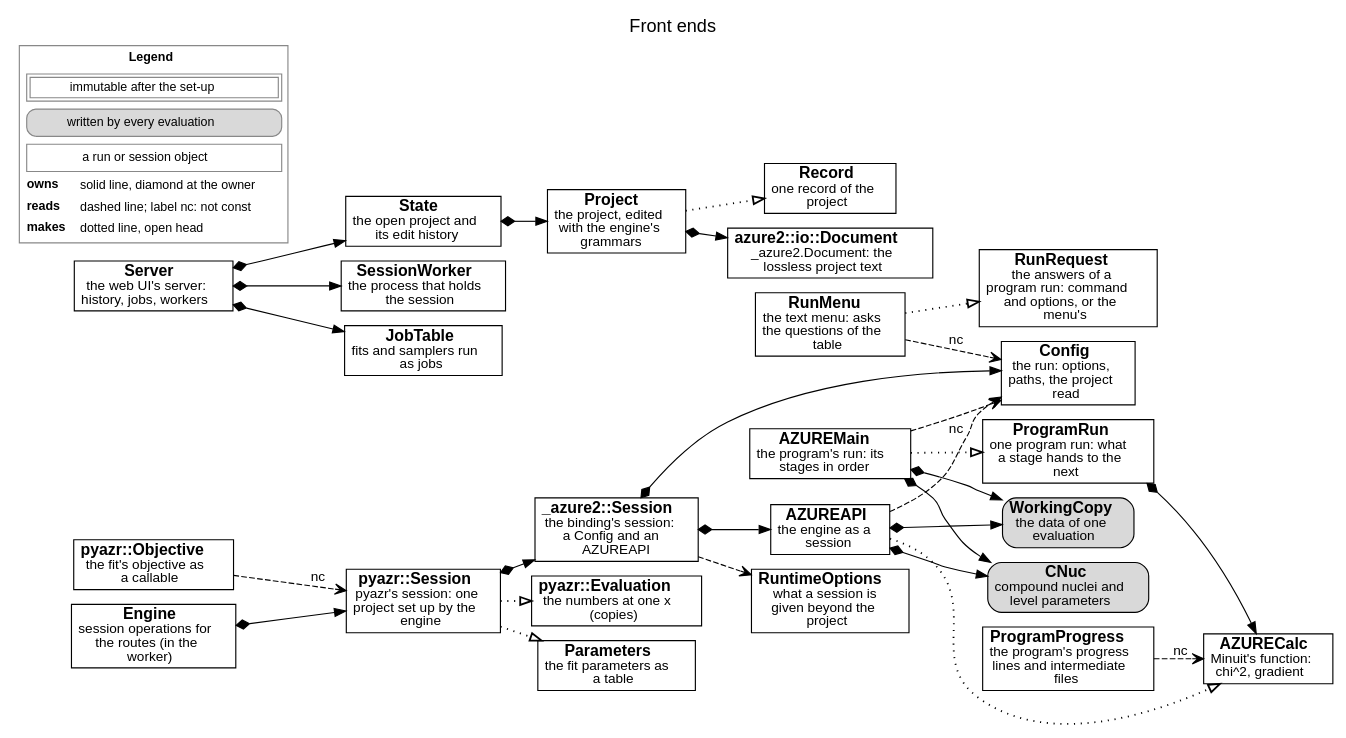
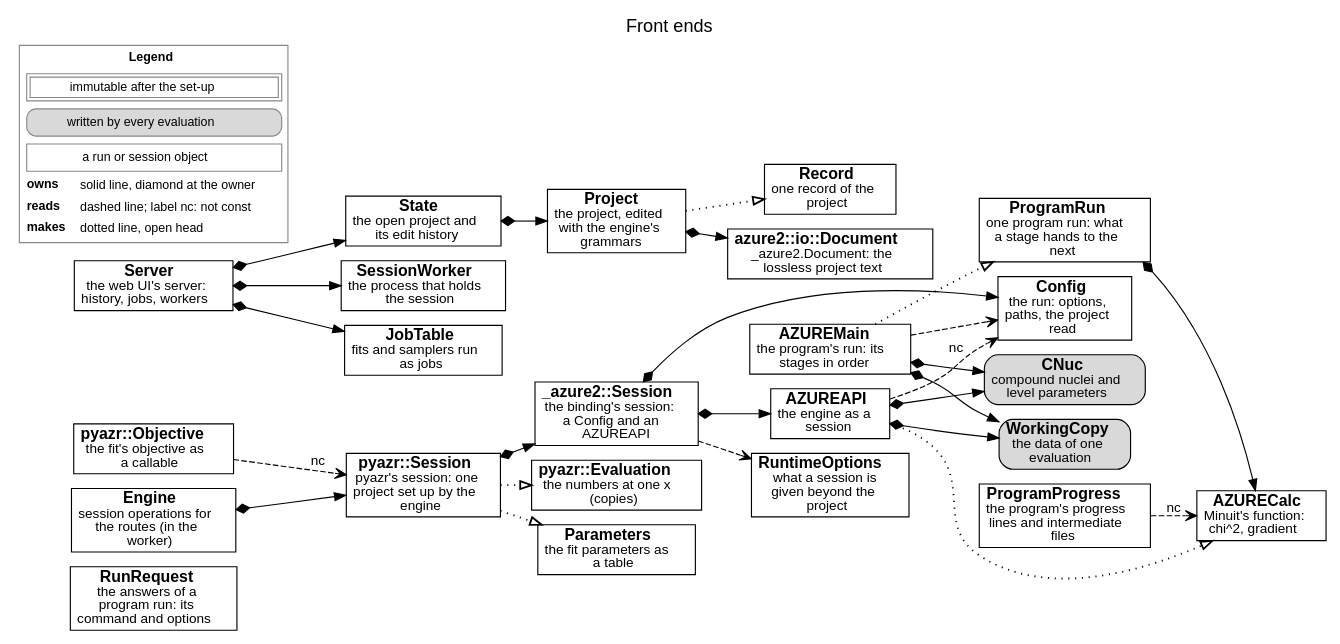
The diagram in docs/source/developer/figures/frontends.dot (AZURE2DEV/AZURE2), drawn with Graphviz before and after one commit. The commit also changed 52 other files, not shown here.

First line of the commit message:
The menu and readline removed: a run is a command; the help's defects repaired

```diff
--- a/docs/source/developer/figures/frontends.dot
+++ b/docs/source/developer/figures/frontends.dot
@@ -1,56 +1,53 @@
 digraph frontends {
   graph [rankdir=LR, fontname="Helvetica", fontsize=16, labelloc=t, label="Front ends", nodesep=0.18, ranksep=0.3, newrank=true];
   node [fontname="Helvetica", fontsize=14, margin="0.08,0.04"];
   edge [fontname="Helvetica", fontsize=12];
-  n_RunRequest [label=<<b>RunRequest</b><br/><font point-size="12">the answers of a<br/>program run: command<br/>and options, or the<br/>menu&#x27;s</font>>, shape=box, style="filled", fillcolor="white"];
-  n_RunMenu [label=<<b>RunMenu</b><br/><font point-size="12">the text menu: asks<br/>the questions of the<br/>table</font>>, shape=box, style="filled", fillcolor="white"];
+  n_RunRequest [label=<<b>RunRequest</b><br/><font point-size="12">the answers of a<br/>program run: its<br/>command and options</font>>, shape=box, style="filled", fillcolor="white"];
   n_AZUREMain [label=<<b>AZUREMain</b><br/><font point-size="12">the program&#x27;s run: its<br/>stages in order</font>>, shape=box, style="filled", fillcolor="white"];
   n_Config [label=<<b>Config</b><br/><font point-size="12">the run: options,<br/>paths, the project<br/>read</font>>, shape=box, style="filled", fillcolor="white"];
   n_CNuc [label=<<b>CNuc</b><br/><font point-size="12">compound nuclei and<br/>level parameters</font>>, shape=box, style="rounded,filled", fillcolor="#d9d9d9"];
   n_WorkingCopy [label=<<b>WorkingCopy</b><br/><font point-size="12">the data of one<br/>evaluation</font>>, shape=box, style="rounded,filled", fillcolor="#d9d9d9"];
   n_AZURECalc [label=<<b>AZURECalc</b><br/><font point-size="12">Minuit&#x27;s function:<br/>chi^2, gradient</font>>, shape=box, style="filled", fillcolor="white"];
   n_ProgramRun [label=<<b>ProgramRun</b><br/><font point-size="12">one program run: what<br/>a stage hands to the<br/>next</font>>, shape=box, style="filled", fillcolor="white"];
   n_ProgramProgress [label=<<b>ProgramProgress</b><br/><font point-size="12">the program&#x27;s progress<br/>lines and intermediate<br/>files</font>>, shape=box, style="filled", fillcolor="white"];
   n_AZUREAPI [label=<<b>AZUREAPI</b><br/><font point-size="12">the engine as a<br/>session</font>>, shape=box, style="filled", fillcolor="white"];
   n__azure2__Session [label=<<b>_azure2::Session</b><br/><font point-size="12">the binding&#x27;s session:<br/>a Config and an<br/>AZUREAPI</font>>, shape=box, style="filled", fillcolor="white"];
   n_RuntimeOptions [label=<<b>RuntimeOptions</b><br/><font point-size="12">what a session is<br/>given beyond the<br/>project</font>>, shape=box, style="filled", fillcolor="white"];
   n_pyazr__Session [label=<<b>pyazr::Session</b><br/><font point-size="12">pyazr&#x27;s session: one<br/>project set up by the<br/>engine</font>>, shape=box, style="filled", fillcolor="white"];
   n_pyazr__Objective [label=<<b>pyazr::Objective</b><br/><font point-size="12">the fit&#x27;s objective as<br/>a callable</font>>, shape=box, style="filled", fillcolor="white"];
   n_pyazr__Evaluation [label=<<b>pyazr::Evaluation</b><br/><font point-size="12">the numbers at one x<br/>(copies)</font>>, shape=box, style="filled", fillcolor="white"];
   n_Parameters [label=<<b>Parameters</b><br/><font point-size="12">the fit parameters as<br/>a table</font>>, shape=box, style="filled", fillcolor="white"];
   n_Project [label=<<b>Project</b><br/><font point-size="12">the project, edited<br/>with the engine&#x27;s<br/>grammars</font>>, shape=box, style="filled", fillcolor="white"];
   n_Record [label=<<b>Record</b><br/><font point-size="12">one record of the<br/>project</font>>, shape=box, style="filled", fillcolor="white"];
   n_azure2__io__Document [label=<<b>azure2::io::Document</b><br/><font point-size="12">_azure2.Document: the<br/>lossless project text</font>>, shape=box, style="filled", fillcolor="white"];
   n_Server [label=<<b>Server</b><br/><font point-size="12">the web UI&#x27;s server:<br/>history, jobs, workers</font>>, shape=box, style="filled", fillcolor="white"];
   n_State [label=<<b>State</b><br/><font point-size="12">the open project and<br/>its edit history</font>>, shape=box, style="filled", fillcolor="white"];
   n_SessionWorker [label=<<b>SessionWorker</b><br/><font point-size="12">the process that holds<br/>the session</font>>, shape=box, style="filled", fillcolor="white"];
   n_Engine [label=<<b>Engine</b><br/><font point-size="12">session operations for<br/>the routes (in the<br/>worker)</font>>, shape=box, style="filled", fillcolor="white"];
   n_JobTable [label=<<b>JobTable</b><br/><font point-size="12">fits and samplers run<br/>as jobs</font>>, shape=box, style="filled", fillcolor="white"];
-  n_RunMenu -> n_RunRequest [style=dotted, penwidth=1.6, arrowhead=empty];
-  n_RunMenu -> n_Config [style=dashed, arrowhead=vee, label=" nc"];
   n_AZUREMain -> n_Config [style=dashed, arrowhead=vee];
   n_AZUREMain -> n_CNuc [style=solid, dir=both, arrowtail=diamond, arrowhead=normal];
   n_AZUREMain -> n_WorkingCopy [style=solid, dir=both, arrowtail=diamond, arrowhead=normal];
   n_AZUREMain -> n_ProgramRun [style=dotted, penwidth=1.6, arrowhead=empty];
   n_ProgramRun -> n_AZURECalc [style=solid, dir=both, arrowtail=diamond, arrowhead=normal];
   n_ProgramProgress -> n_AZURECalc [style=dashed, arrowhead=vee, label=" nc"];
   n_AZUREAPI -> n_AZURECalc [style=dotted, penwidth=1.6, arrowhead=empty];
   n_AZUREAPI -> n_Config [style=dashed, arrowhead=vee, label=" nc"];
   n_AZUREAPI -> n_CNuc [style=solid, dir=both, arrowtail=diamond, arrowhead=normal];
   n_AZUREAPI -> n_WorkingCopy [style=solid, dir=both, arrowtail=diamond, arrowhead=normal];
   n__azure2__Session -> n_Config [style=solid, dir=both, arrowtail=diamond, arrowhead=normal];
   n__azure2__Session -> n_AZUREAPI [style=solid, dir=both, arrowtail=diamond, arrowhead=normal];
   n__azure2__Session -> n_RuntimeOptions [style=dashed, arrowhead=vee];
   n_pyazr__Session -> n__azure2__Session [style=solid, dir=both, arrowtail=diamond, arrowhead=normal];
   n_pyazr__Session -> n_Parameters [style=dotted, penwidth=1.6, arrowhead=empty];
   n_pyazr__Objective -> n_pyazr__Session [style=dashed, arrowhead=vee, label=" nc"];
   n_pyazr__Session -> n_pyazr__Evaluation [style=dotted, penwidth=1.6, arrowhead=empty];
   n_Project -> n_azure2__io__Document [style=solid, dir=both, arrowtail=diamond, arrowhead=normal];
   n_Project -> n_Record [style=dotted, penwidth=1.6, arrowhead=empty];
   n_State -> n_Project [style=solid, dir=both, arrowtail=diamond, arrowhead=normal];
   n_Server -> n_State [style=solid, dir=both, arrowtail=diamond, arrowhead=normal];
   n_Server -> n_SessionWorker [style=solid, dir=both, arrowtail=diamond, arrowhead=normal];
   n_Server -> n_JobTable [style=solid, dir=both, arrowtail=diamond, arrowhead=normal];
   n_Engine -> n_pyazr__Session [style=solid, dir=both, arrowtail=diamond, arrowhead=normal];
   legend [shape=plaintext, fontsize=11, label=<<TABLE BORDER="1" CELLBORDER="0" CELLSPACING="3" COLOR="#888888"><TR><TD COLSPAN="2"><B>Legend</B></TD></TR><TR><TD COLSPAN="2"><TABLE BORDER="1" CELLBORDER="1" CELLSPACING="2" CELLPADDING="2"><TR><TD>immutable after the set-up</TD></TR></TABLE></TD></TR><TR><TD COLSPAN="2"><TABLE BORDER="1" CELLBORDER="0" CELLPADDING="3" STYLE="rounded" BGCOLOR="#d9d9d9"><TR><TD>written by every evaluation</TD></TR></TABLE></TD></TR><TR><TD COLSPAN="2"><TABLE BORDER="1" CELLBORDER="0" CELLPADDING="3" ><TR><TD>a run or session object</TD></TR></TABLE></TD></TR><TR><TD ALIGN="LEFT"><B>owns</B></TD><TD ALIGN="LEFT">solid line, diamond at the owner</TD></TR><TR><TD ALIGN="LEFT"><B>reads</B></TD><TD ALIGN="LEFT">dashed line; label nc: not const</TD></TR><TR><TD ALIGN="LEFT"><B>makes</B></TD><TD ALIGN="LEFT">dotted line, open head</TD></TR></TABLE>>];
 }
```
